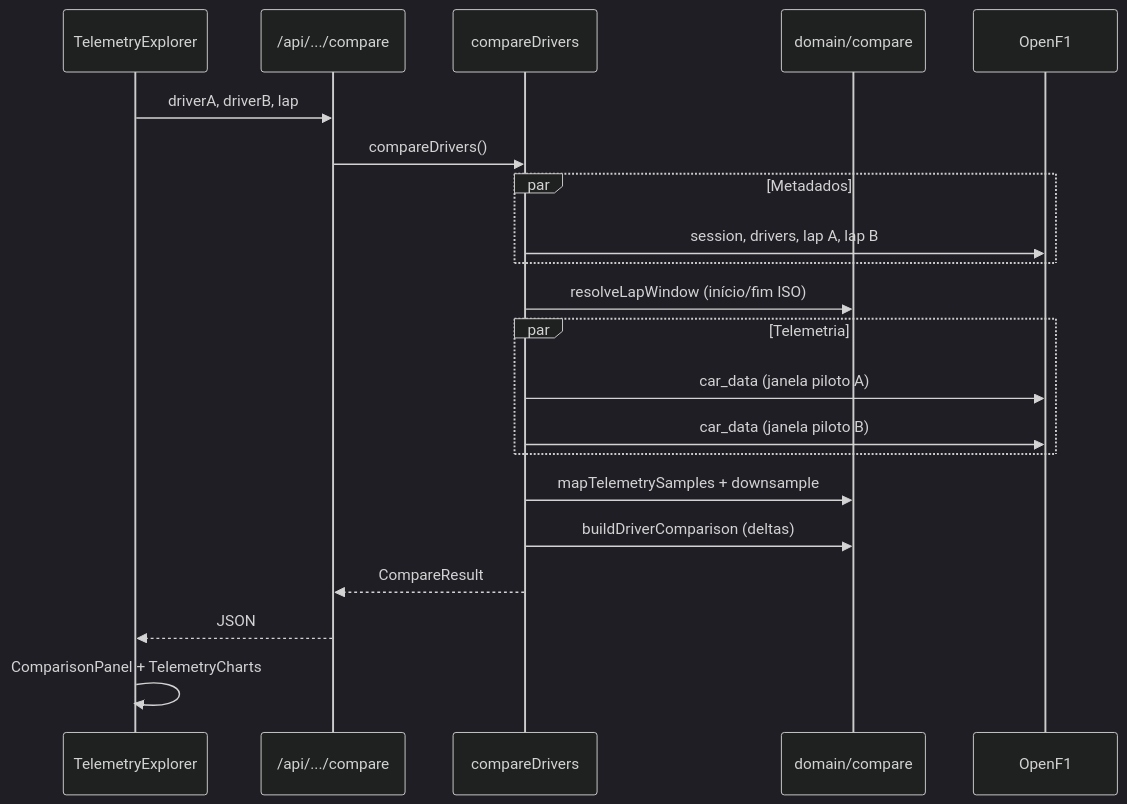
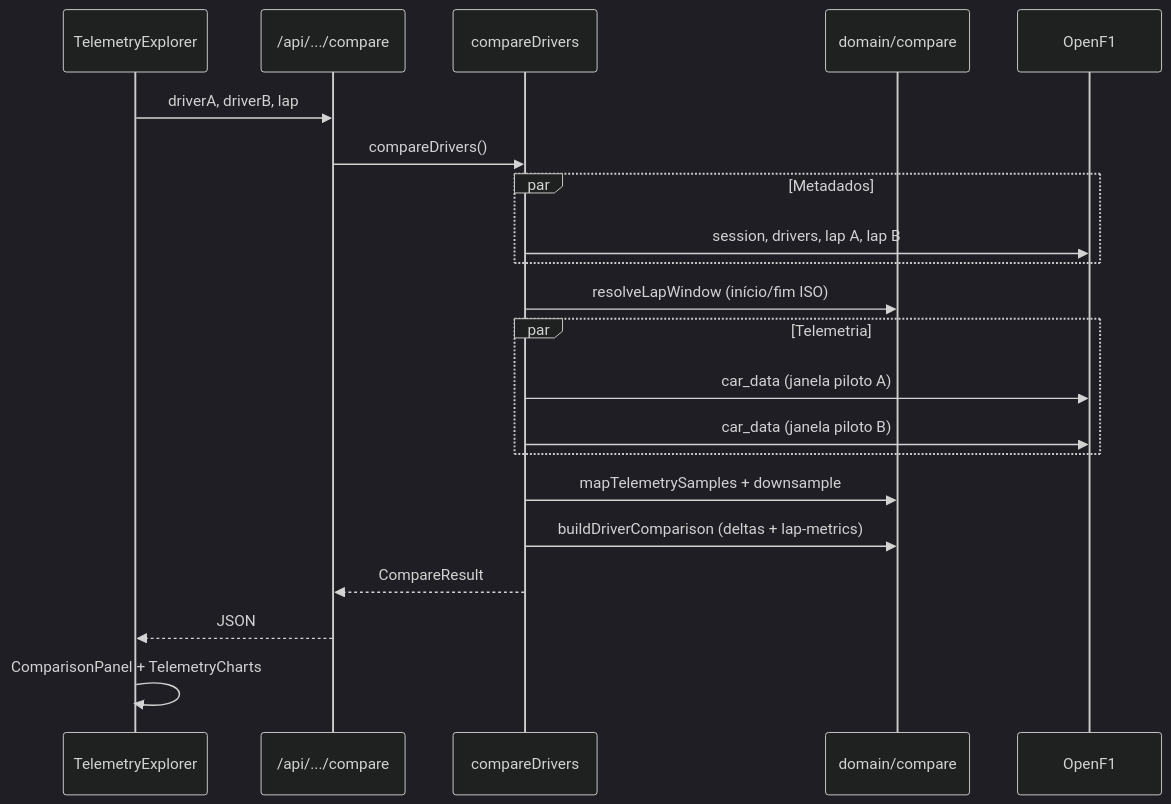
One commit to iamdevmarcos/f1-telemetry changed the second of 3 diagrams in docs/architecture/architecture.md. Above: the diagram before and after it, drawn with Mermaid (dark theme). The commit also changed other lines of this file and 1 other file, not shown here.

First line of the commit message:
Update architecture docs for F1 Apex current features.

````diff
--- a/docs/architecture/architecture.md
+++ b/docs/architecture/architecture.md
@@ -208,24 +258,24 @@
 ```mermaid
 sequenceDiagram
   participant TE as TelemetryExplorer
   participant API as /api/.../compare
   participant APP as compareDrivers
   participant DOM as domain/compare
   participant OF1 as OpenF1
 
   TE->>API: driverA, driverB, lap
   API->>APP: compareDrivers()
   par Metadados
     APP->>OF1: session, drivers, lap A, lap B
   end
   APP->>DOM: resolveLapWindow (início/fim ISO)
   par Telemetria
     APP->>OF1: car_data (janela piloto A)
     APP->>OF1: car_data (janela piloto B)
   end
   APP->>DOM: mapTelemetrySamples + downsample
-  APP->>DOM: buildDriverComparison (deltas)
+  APP->>DOM: buildDriverComparison (deltas + lap-metrics)
   APP-->>API: CompareResult
   API-->>TE: JSON
   TE->>TE: ComparisonPanel + TelemetryCharts
 ```
````
